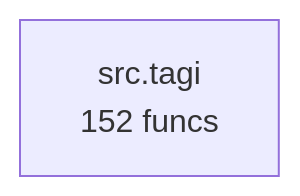
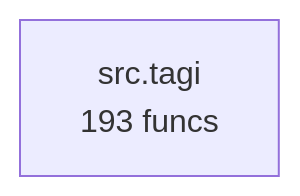
Before and after one commit to semcod/tagi: the diagram in project/compact_flow.mmd, drawn with Mermaid. The commit also changed 17 other files, not shown here.

```diff
--- a/project/compact_flow.mmd
+++ b/project/compact_flow.mmd
@@ -1,3 +1,3 @@
 flowchart TD
-%% generated in 0.00s
-    src__tagi["src.tagi<br/>152 funcs"]
+%% generated in 0.01s
+    src__tagi["src.tagi<br/>193 funcs"]
```
